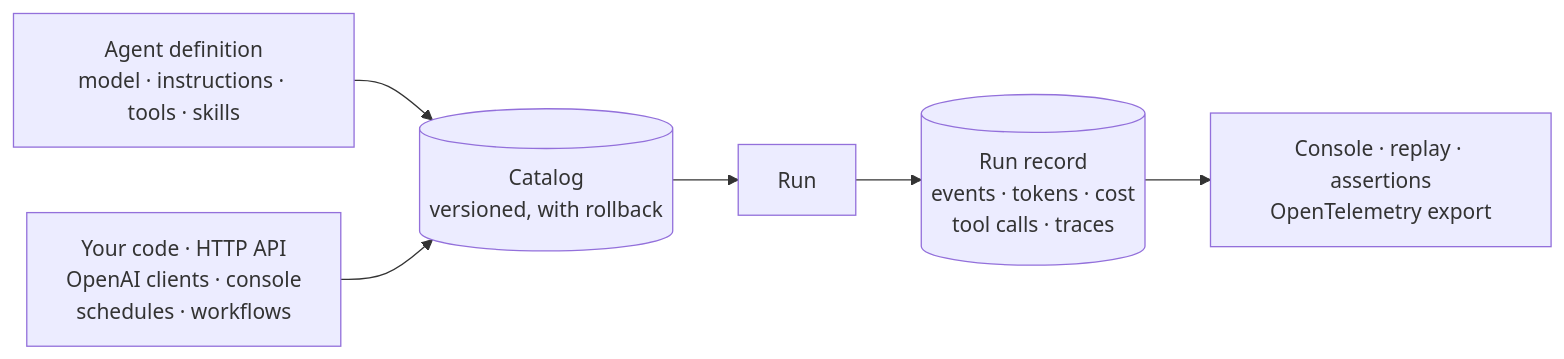
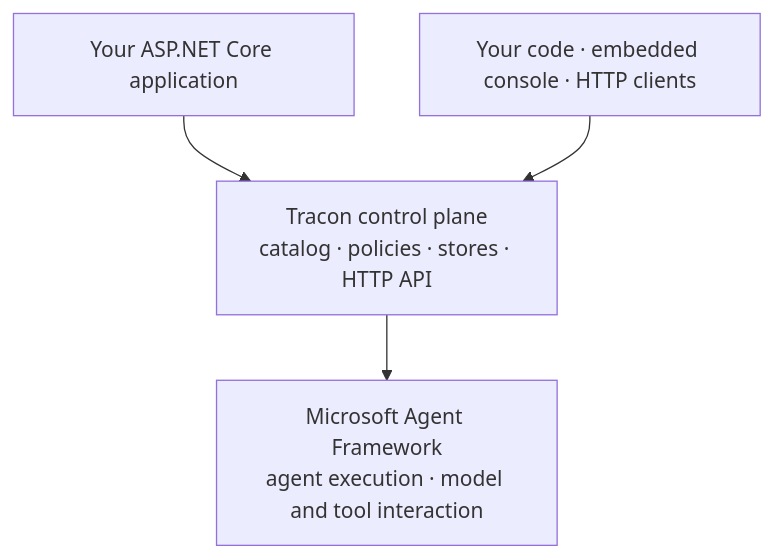
One commit to farukatasoy/Tracon changed the diagram in docs-site/src/content/docs/index.mdx. Above: the diagram before and after it, drawn with Mermaid. The commit also changed other lines of this file and 143 other files, not shown here.

Commit message:
feat: rebuild the documentation site around the Tracon brand

````diff
--- a/docs-site/src/content/docs/index.mdx
+++ b/docs-site/src/content/docs/index.mdx
@@ -85,10 +51,8 @@
 ```mermaid
-flowchart LR
-    accTitle: From an agent definition to a run you can read back
-    accDescr: An agent definition is data in the catalog. Any caller — your code, the HTTP API, an OpenAI-compatible client, the console, a schedule, or a workflow — resolves it and starts a run. Recording is on by default, so the run leaves an ordered event stream with tokens, cost, tool calls, and traces that the console and your tests both read.
-    DEF["Agent definition<br/>model · instructions · tools · skills"] --> CAT[("Catalog<br/>versioned, with rollback")]
-    CALL["Your code · HTTP API<br/>OpenAI clients · console<br/>schedules · workflows"] --> CAT
-    CAT --> RUN["Run"]
-    RUN --> REC[("Run record<br/>events · tokens · cost<br/>tool calls · traces")]
-    REC --> READ["Console · replay · assertions<br/>OpenTelemetry export"]
+flowchart TD
+    accTitle: Microsoft Agent Framework and Tracon responsibilities
+    accDescr: Your ASP.NET Core application contains Tracon's control plane and the MAF agent runtime. Tracon supplies agent catalogs, policies, and recorded state around MAF execution. Your code and the embedded console use the control plane.
+    HOST["Your ASP.NET Core application"] --> CONTROL["Tracon control plane<br/>catalog · policies · stores · HTTP API"]
+    CONTROL --> MAF["Microsoft Agent Framework<br/>agent execution · model and tool interaction"]
+    UI["Your code · embedded console · HTTP clients"] --> CONTROL
 ```
````
